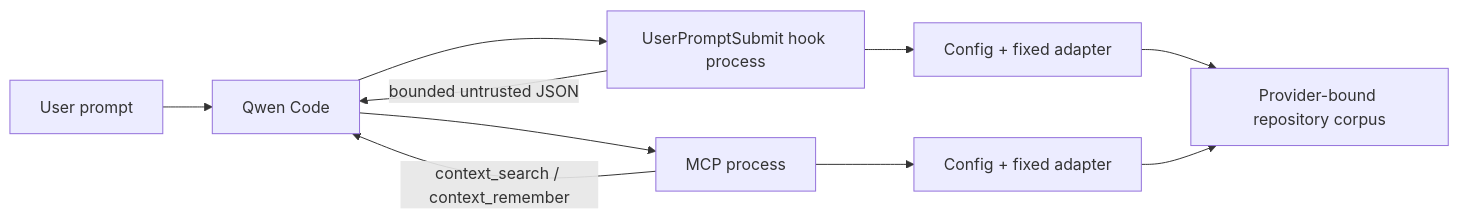
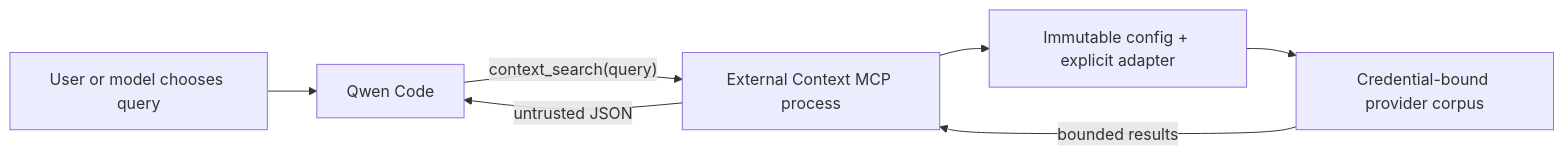
The second of 2 diagrams in docs/design/direct-external-context-provider.md (QwenLM/qwen-code), drawn with Mermaid before and after one commit. The commit also changed other lines of this file and 23 other files, not shown here.

First line of the commit message:
refactor(integrations): narrow external context to retrieval

````diff
--- a/docs/design/direct-external-context-provider.md
+++ b/docs/design/direct-external-context-provider.md
@@ -79,12 +85,9 @@
 ```mermaid
 flowchart LR
-    U["User prompt"] --> Q["Qwen Code"]
-    Q --> H["UserPromptSubmit hook process"]
-    Q --> M["MCP process"]
-    H --> C1["Config + fixed adapter"]
-    M --> C2["Config + fixed adapter"]
-    C1 --> P["Provider-bound repository corpus"]
-    C2 --> P
-    H -->|"bounded untrusted JSON"| Q
-    M -->|"context_search / context_remember"| Q
+    U["User or model chooses query"] --> Q["Qwen Code"]
+    Q -->|"context_search(query)"| M["External Context MCP process"]
+    M --> C["Immutable config + explicit adapter"]
+    C --> P["Credential-bound provider corpus"]
+    P -->|"bounded results"| M
+    M -->|"untrusted JSON"| Q
 ```
````
